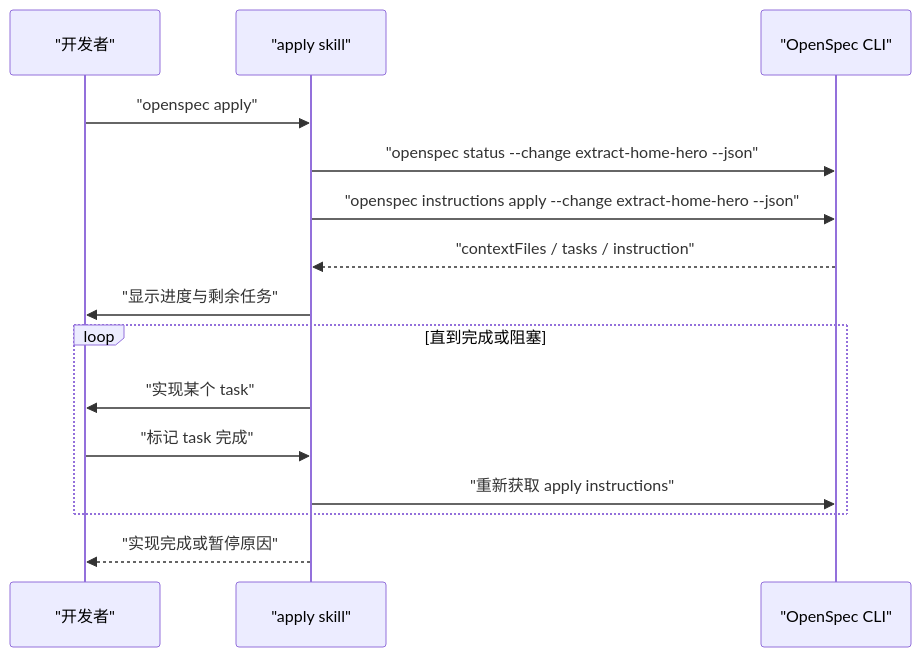
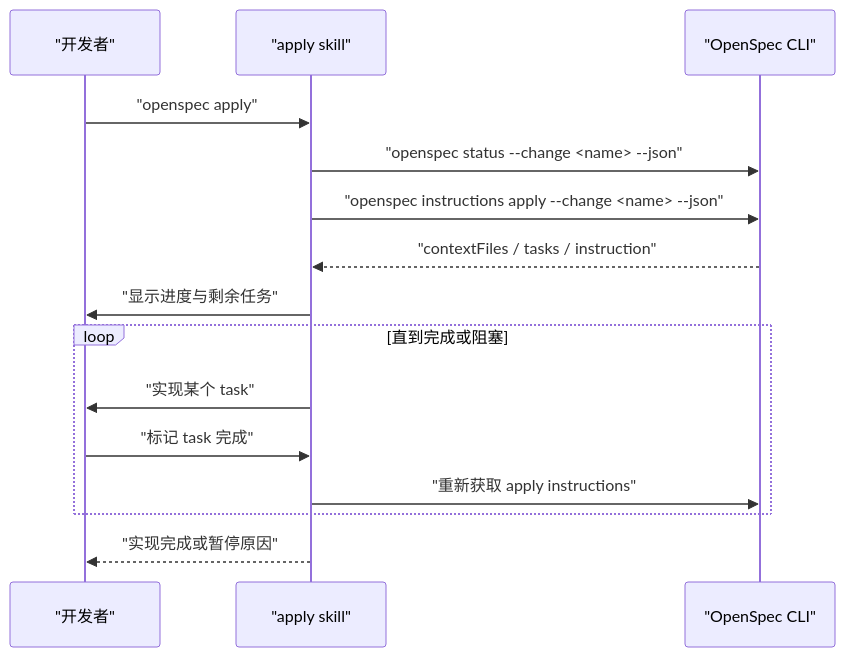
The eighth of 10 diagrams in .qoder/repowiki/zh/content/规格驱动开发/OpenSpec 工具使用.md (luyitiger6/my-first-project), drawn with Mermaid before and after one commit. The commit also changed other lines of this file and 33 other files, not shown here.

````diff
--- a/.qoder/repowiki/zh/content/规格驱动开发/OpenSpec 工具使用.md
+++ b/.qoder/repowiki/zh/content/规格驱动开发/OpenSpec 工具使用.md
@@ -291,17 +351,17 @@
 ```mermaid
 sequenceDiagram
 participant Dev as "开发者"
 participant Skill as "apply skill"
 participant CLI as "OpenSpec CLI"
 Dev->>Skill : "openspec apply"
-Skill->>CLI : "openspec status --change extract-home-hero --json"
-Skill->>CLI : "openspec instructions apply --change extract-home-hero --json"
+Skill->>CLI : "openspec status --change <name> --json"
+Skill->>CLI : "openspec instructions apply --change <name> --json"
 CLI-->>Skill : "contextFiles / tasks / instruction"
 Skill->>Dev : "显示进度与剩余任务"
 loop 直到完成或阻塞
 Skill->>Dev : "实现某个 task"
 Dev->>Skill : "标记 task 完成"
 Skill->>CLI : "重新获取 apply instructions"
 end
 Skill-->>Dev : "实现完成或暂停原因"
 ```
````
